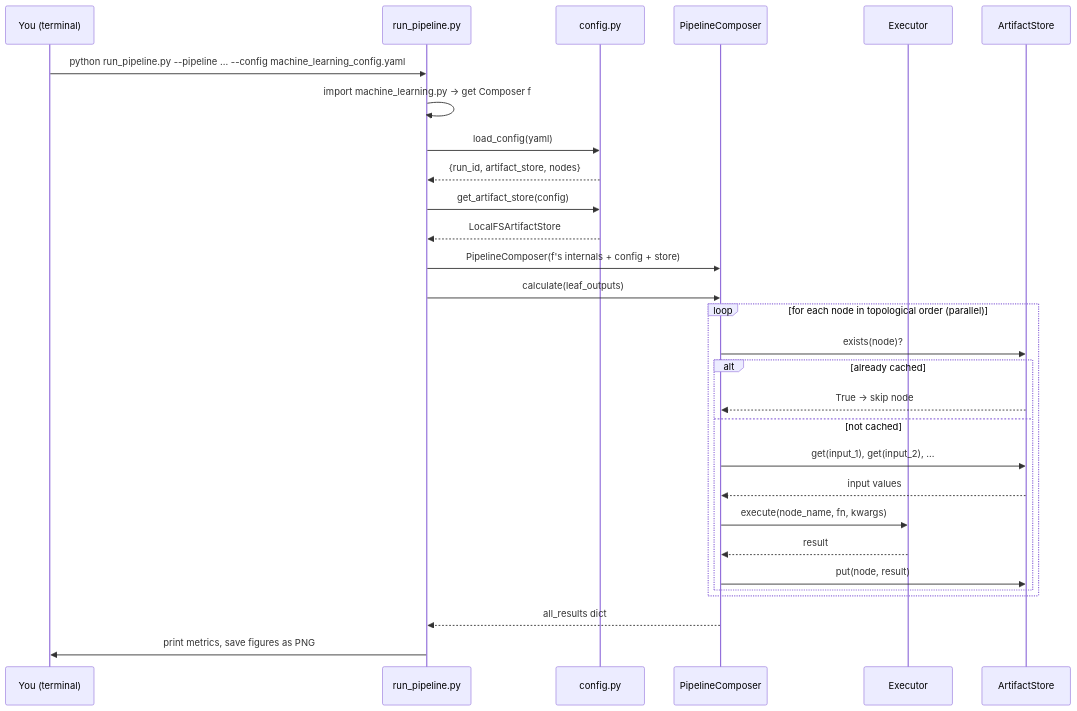
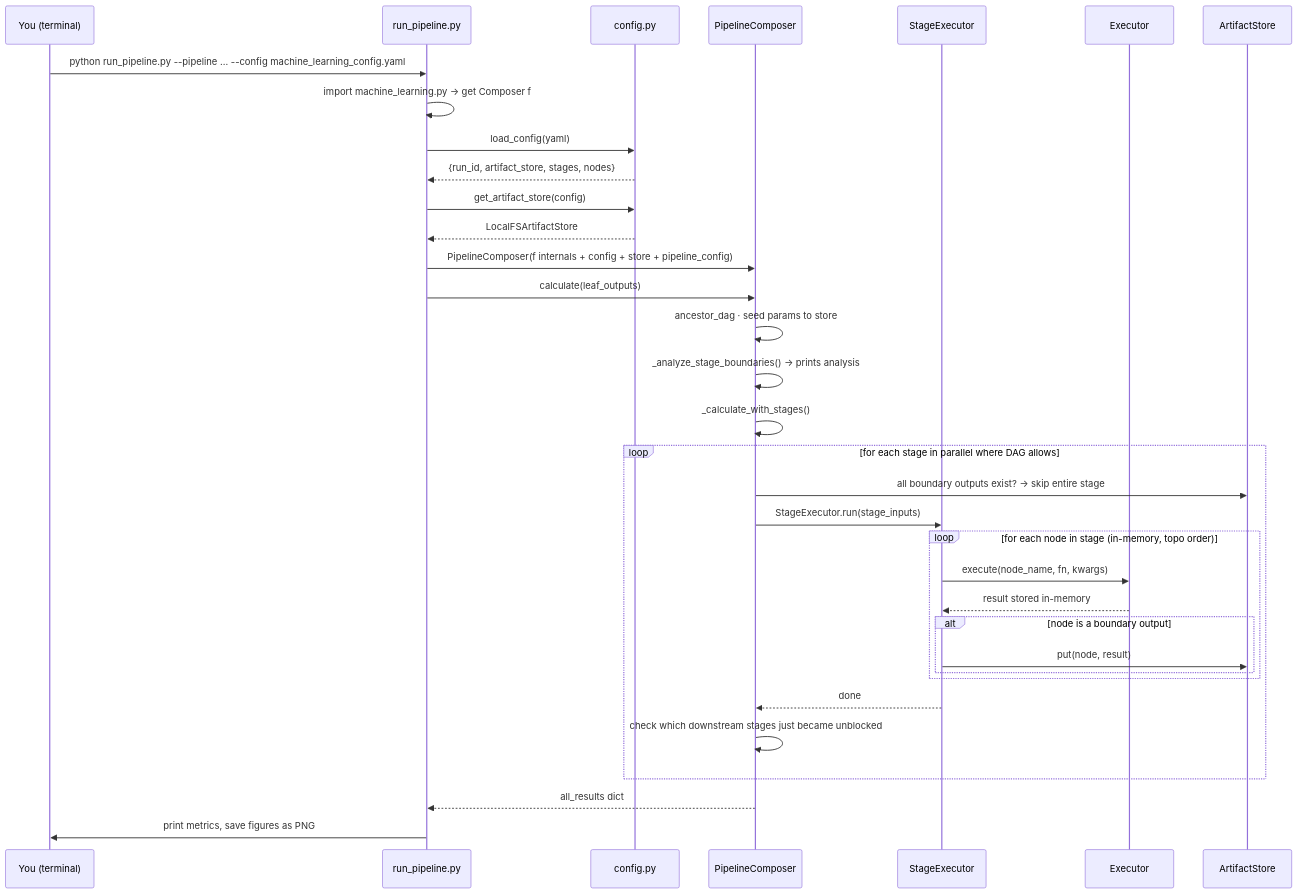
Before and after one commit to ganeshhgupta/fn_graph: the third of 12 diagrams in fn_graph/examples/solution/DIAGRAMS.md, drawn with Mermaid. The commit also changed other lines of this file, not shown here.

Commit message:
docs: update DIAGRAMS.md for stage partitioning — new diagrams 11 and 12, all others updated

````diff
--- a/fn_graph/examples/solution/DIAGRAMS.md
+++ b/fn_graph/examples/solution/DIAGRAMS.md
@@ -118,34 +133,39 @@
 ```mermaid
 sequenceDiagram
     participant U as You (terminal)
     participant R as run_pipeline.py
     participant C as config.py
     participant P as PipelineComposer
+    participant S as StageExecutor
     participant E as Executor
     participant A as ArtifactStore
 
     U->>R: python run_pipeline.py --pipeline ... --config machine_learning_config.yaml
     R->>R: import machine_learning.py → get Composer f
     R->>C: load_config(yaml)
-    C-->>R: {run_id, artifact_store, nodes}
+    C-->>R: {run_id, artifact_store, stages, nodes}
     R->>C: get_artifact_store(config)
     C-->>R: LocalFSArtifactStore
-    R->>P: PipelineComposer(f's internals + config + store)
+    R->>P: PipelineComposer(f internals + config + store + pipeline_config)
     R->>P: calculate(leaf_outputs)
+    P->>P: ancestor_dag · seed params to store
+    P->>P: _analyze_stage_boundaries() → prints analysis
+    P->>P: _calculate_with_stages()
 
-    loop for each node in topological order (parallel)
-        P->>A: exists(node)?
-        alt already cached
-            A-->>P: True → skip node
-        else not cached
-            P->>A: get(input_1), get(input_2), ...
-            A-->>P: input values
-            P->>E: execute(node_name, fn, kwargs)
-            E-->>P: result
-            P->>A: put(node, result)
+    loop for each stage in parallel where DAG allows
+        P->>A: all boundary outputs exist? → skip entire stage
+        P->>S: StageExecutor.run(stage_inputs)
+        loop for each node in stage (in-memory, topo order)
+            S->>E: execute(node_name, fn, kwargs)
+            E-->>S: result  stored in-memory
+            alt node is a boundary output
+                S->>A: put(node, result)
+            end
         end
+        S-->>P: done
+        P->>P: check which downstream stages just became unblocked
     end
 
     P-->>R: all_results dict
     R->>U: print metrics, save figures as PNG
 ```
````
